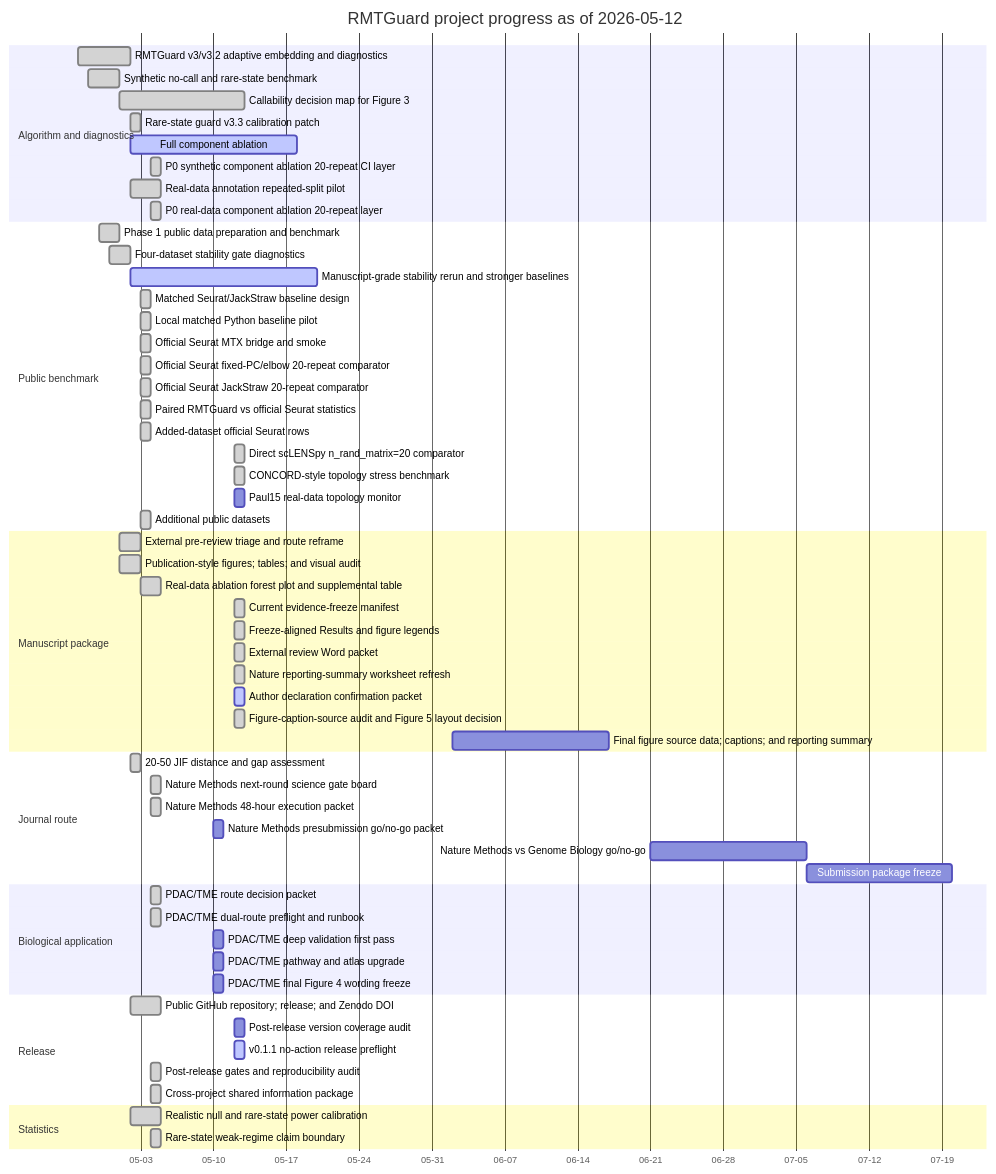
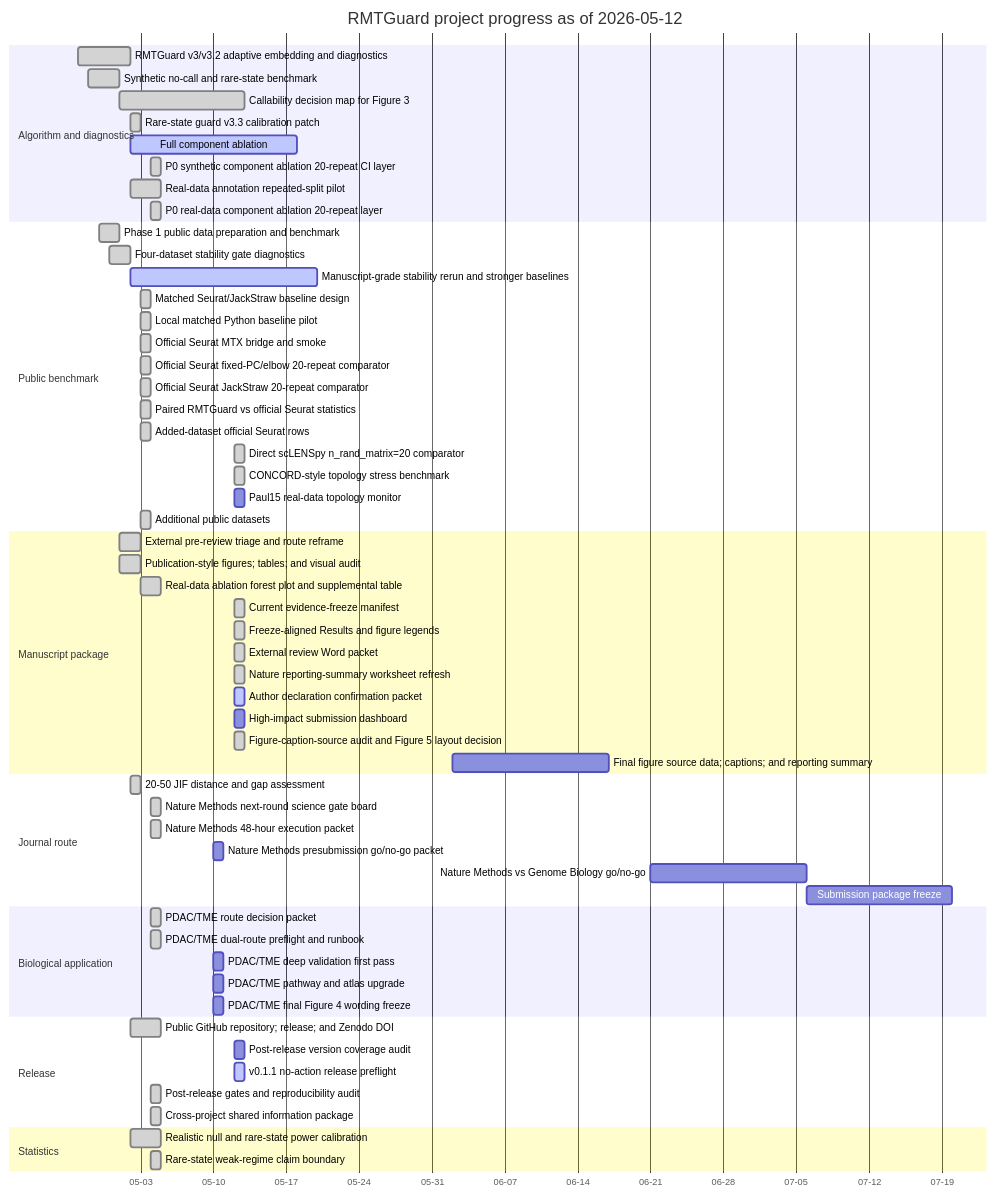
The diagram in results/project_management/rmtguard_project_gantt.md (healthgreat/rmtguard), drawn with Mermaid before and after one commit. The commit also changed other lines of this file and 18 other files, not shown here.

Commit message:
Add high-impact submission dashboard

````diff
--- a/results/project_management/rmtguard_project_gantt.md
+++ b/results/project_management/rmtguard_project_gantt.md
@@ -13,63 +13,64 @@
 ```mermaid
 gantt
     title RMTGuard project progress as of 2026-05-12
     dateFormat  YYYY-MM-DD
     axisFormat  %m-%d
     section Algorithm and diagnostics
     RMTGuard v3/v3.2 adaptive embedding and diagnostics :done, T01, 2026-04-27, 5d
     Synthetic no-call and rare-state benchmark :done, T02, 2026-04-28, 3d
     Callability decision map for Figure 3 :done, T03, 2026-05-01, 12d
     Rare-state guard v3.3 calibration patch :done, T04, 2026-05-02, 1d
     Full component ablation :active, T18, 2026-05-02, 16d
     P0 synthetic component ablation 20-repeat CI layer :done, T19, 2026-05-04, 1d
     Real-data annotation repeated-split pilot :done, T20, 2026-05-02, 3d
     P0 real-data component ablation 20-repeat layer :done, T21, 2026-05-04, 1d
     section Public benchmark
     Phase 1 public data preparation and benchmark :done, T05, 2026-04-29, 2d
     Four-dataset stability gate diagnostics :done, T06, 2026-04-30, 2d
     Manuscript-grade stability rerun and stronger baselines :active, T17, 2026-05-02, 18d
-    Matched Seurat/JackStraw baseline design :done, T31, 2026-05-03, 1d
-    Local matched Python baseline pilot :done, T32, 2026-05-03, 1d
-    Official Seurat MTX bridge and smoke :done, T33, 2026-05-03, 1d
-    Official Seurat fixed-PC/elbow 20-repeat comparator :done, T34, 2026-05-03, 1d
-    Official Seurat JackStraw 20-repeat comparator :done, T35, 2026-05-03, 1d
-    Paired RMTGuard vs official Seurat statistics :done, T36, 2026-05-03, 1d
-    Added-dataset official Seurat rows :done, T37, 2026-05-03, 1d
-    Direct scLENSpy n_rand_matrix=20 comparator :done, T38, 2026-05-12, 1d
-    CONCORD-style topology stress benchmark :done, T39, 2026-05-12, 1d
-    Paul15 real-data topology monitor :T40, 2026-05-12, 1d
-    Additional public datasets :done, T44, 2026-05-03, 1d
+    Matched Seurat/JackStraw baseline design :done, T32, 2026-05-03, 1d
+    Local matched Python baseline pilot :done, T33, 2026-05-03, 1d
+    Official Seurat MTX bridge and smoke :done, T34, 2026-05-03, 1d
+    Official Seurat fixed-PC/elbow 20-repeat comparator :done, T35, 2026-05-03, 1d
+    Official Seurat JackStraw 20-repeat comparator :done, T36, 2026-05-03, 1d
+    Paired RMTGuard vs official Seurat statistics :done, T37, 2026-05-03, 1d
+    Added-dataset official Seurat rows :done, T38, 2026-05-03, 1d
+    Direct scLENSpy n_rand_matrix=20 comparator :done, T39, 2026-05-12, 1d
+    CONCORD-style topology stress benchmark :done, T40, 2026-05-12, 1d
+    Paul15 real-data topology monitor :T41, 2026-05-12, 1d
+    Additional public datasets :done, T45, 2026-05-03, 1d
     section Manuscript package
     External pre-review triage and route reframe :done, T07, 2026-05-01, 2d
     Publication-style figures; tables; and visual audit :done, T08, 2026-05-01, 2d
     Real-data ablation forest plot and supplemental table :done, T22, 2026-05-03, 2d
     Current evidence-freeze manifest :done, T23, 2026-05-12, 1d
     Freeze-aligned Results and figure legends :done, T24, 2026-05-12, 1d
     External review Word packet :done, T25, 2026-05-12, 1d
     Nature reporting-summary worksheet refresh :done, T26, 2026-05-12, 1d
     Author declaration confirmation packet :active, T27, 2026-05-12, 1d
-    Figure-caption-source audit and Figure 5 layout decision :done, T28, 2026-05-12, 1d
-    Final figure source data; captions; and reporting summary :T45, 2026-06-02, 15d
+    High-impact submission dashboard :T28, 2026-05-12, 1d
+    Figure-caption-source audit and Figure 5 layout decision :done, T29, 2026-05-12, 1d
+    Final figure source data; captions; and reporting summary :T46, 2026-06-02, 15d
     section Journal route
     20-50 JIF distance and gap assessment :done, T09, 2026-05-02, 1d
     Nature Methods next-round science gate board :done, T10, 2026-05-04, 1d
     Nature Methods 48-hour execution packet :done, T11, 2026-05-04, 1d
-    Nature Methods presubmission go/no-go packet :T48, 2026-05-10, 1d
-    Nature Methods vs Genome Biology go/no-go :T49, 2026-06-21, 15d
-    Submission package freeze :T50, 2026-07-06, 14d
+    Nature Methods presubmission go/no-go packet :T49, 2026-05-10, 1d
+    Nature Methods vs Genome Biology go/no-go :T50, 2026-06-21, 15d
+    Submission package freeze :T51, 2026-07-06, 14d
     section Biological application
     PDAC/TME route decision packet :done, T12, 2026-05-04, 1d
     PDAC/TME dual-route preflight and runbook :done, T13, 2026-05-04, 1d
-    PDAC/TME deep validation first pass :T41, 2026-05-10, 1d
-    PDAC/TME pathway and atlas upgrade :T42, 2026-05-10, 1d
-    PDAC/TME final Figure 4 wording freeze :T43, 2026-05-10, 1d
+    PDAC/TME deep validation first pass :T42, 2026-05-10, 1d
+    PDAC/TME pathway and atlas upgrade :T43, 2026-05-10, 1d
+    PDAC/TME final Figure 4 wording freeze :T44, 2026-05-10, 1d
     section Release
     Public GitHub repository; release; and Zenodo DOI :done, T14, 2026-05-02, 3d
-    Post-release version coverage audit :T29, 2026-05-12, 1d
-    v0.1.1 no-action release preflight :active, T30, 2026-05-12, 1d
-    Post-release gates and reproducibility audit :done, T46, 2026-05-04, 1d
-    Cross-project shared information package :done, T47, 2026-05-04, 1d
+    Post-release version coverage audit :T30, 2026-05-12, 1d
+    v0.1.1 no-action release preflight :active, T31, 2026-05-12, 1d
+    Post-release gates and reproducibility audit :done, T47, 2026-05-04, 1d
+    Cross-project shared information package :done, T48, 2026-05-04, 1d
     section Statistics
     Realistic null and rare-state power calibration :done, T15, 2026-05-02, 3d
     Rare-state weak-regime claim boundary :done, T16, 2026-05-04, 1d
 ```
````
